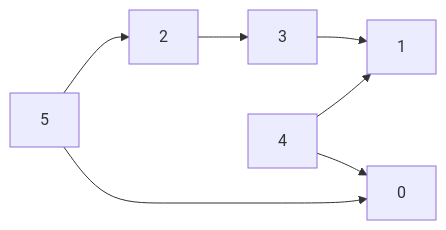
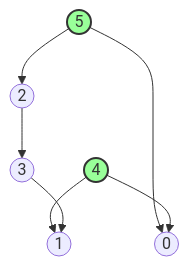
The diagram in practical_exam/q6_topo_sort_kahn.md (Hike-12/CCP), drawn with Mermaid before and after one commit. The commit also changed other lines of this file and 17 other files, not shown here.

````diff
--- a/practical_exam/q6_topo_sort_kahn.md
+++ b/practical_exam/q6_topo_sort_kahn.md
@@ -75,9 +168,12 @@
 ```mermaid
-graph LR
-    5 --> 2
-    5 --> 0
-    4 --> 0
-    4 --> 1
-    2 --> 3
-    3 --> 1
+graph TD
+    Node5((5)) --> Node2((2))
+    Node5 --> Node0((0))
+    Node4((4)) --> Node0
+    Node4 --> Node1((1))
+    Node2 --> Node3((3))
+    Node3 --> Node1
+    
+    classDef processed fill:#9f9,stroke:#333,stroke-width:2px;
+    class Node4,Node5 processed
 ```
````
